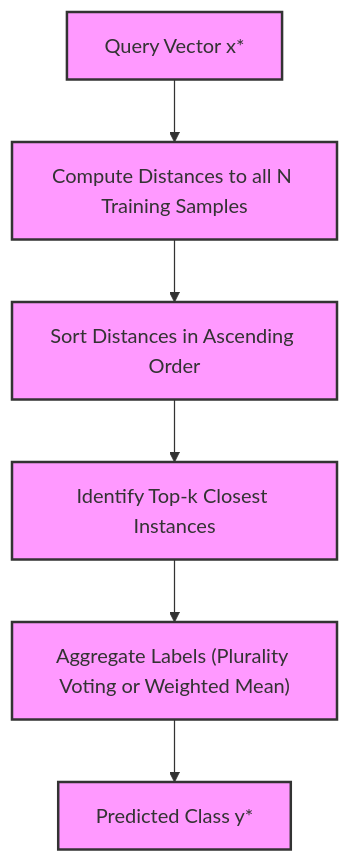
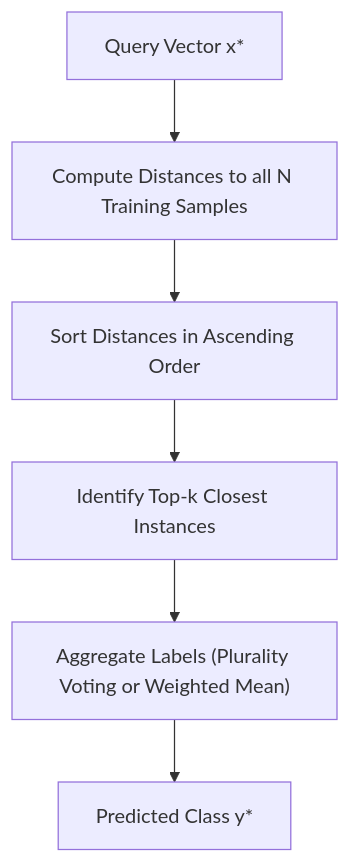
One commit to vettrivel-kl/vettrivel-kl.github.io changed the first of 2 diagrams in docs/Machine-Learning-Algorithms/10-k-nearest-neighbors/01-knn-fundamentals.mdx. Above: the diagram before and after it, drawn with Mermaid. The commit also changed 51 other files, not shown here.

````diff
--- a/docs/Machine-Learning-Algorithms/10-k-nearest-neighbors/01-knn-fundamentals.mdx
+++ b/docs/Machine-Learning-Algorithms/10-k-nearest-neighbors/01-knn-fundamentals.mdx
@@ -31,12 +31,8 @@
 ```mermaid
 flowchart TD
-    classDef step fill:#f9f,stroke:#333,stroke-width:2px;
-    
     A["Query Vector x*"] --> B["Compute Distances to all N Training Samples"]
     B --> C["Sort Distances in Ascending Order"]
     C --> D["Identify Top-k Closest Instances"]
     D --> E["Aggregate Labels (Plurality Voting or Weighted Mean)"]
     E --> F["Predicted Class y*"]
-    
-    class A,B,C,D,E,F step;
 ```
````
